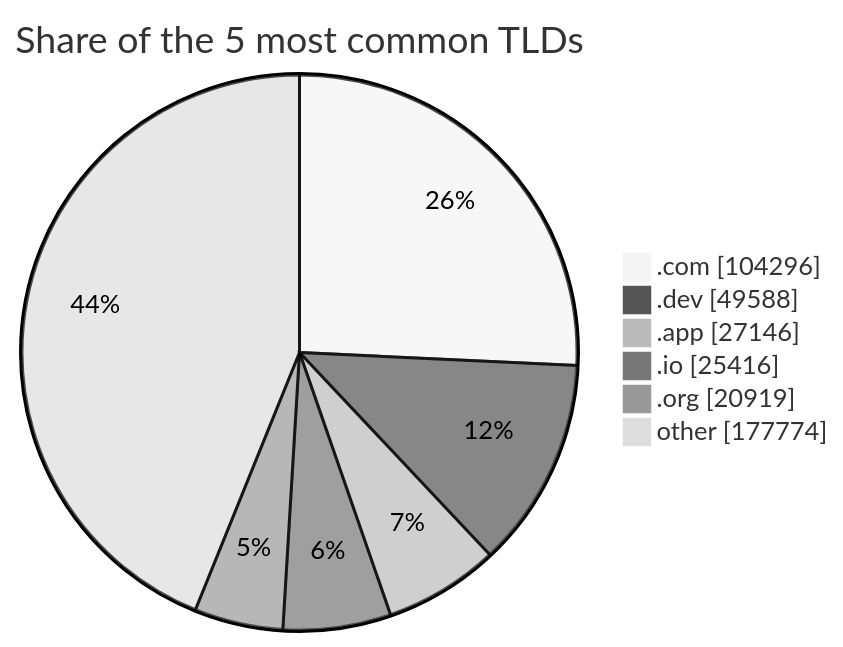
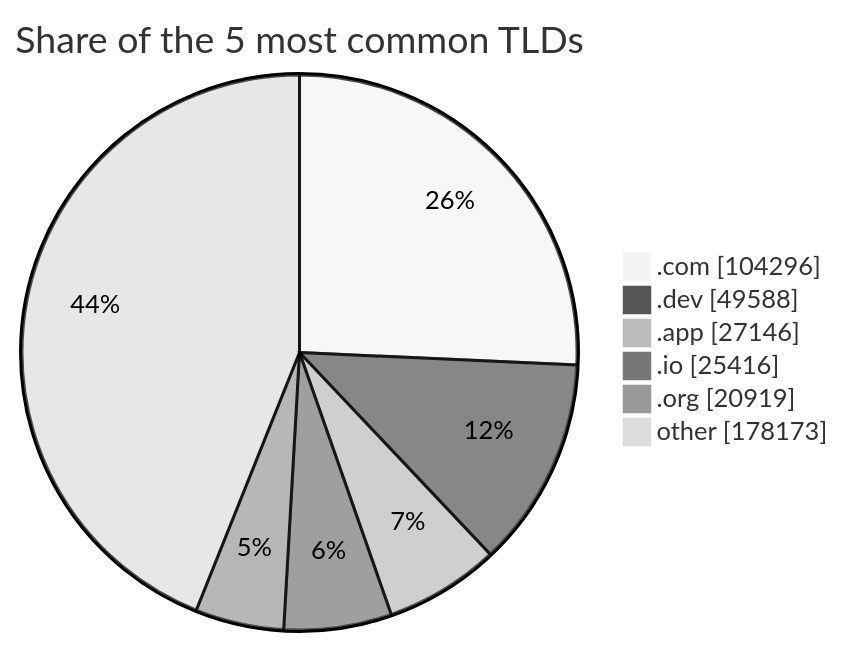
Before and after one commit to DNSBunker/CTI: the third of 3 diagrams in README.md, drawn with Mermaid (neutral theme). The commit also changed other lines of this file and 3 other files, not shown here.

````diff
--- a/README.md
+++ b/README.md
@@ -81,9 +81,9 @@
 ```mermaid
 pie showData title Share of the 5 most common TLDs
     ".com" : 104296
     ".dev" : 49588
     ".app" : 27146
     ".io" : 25416
     ".org" : 20919
-    "other" : 177774
+    "other" : 178173
 ```
````
